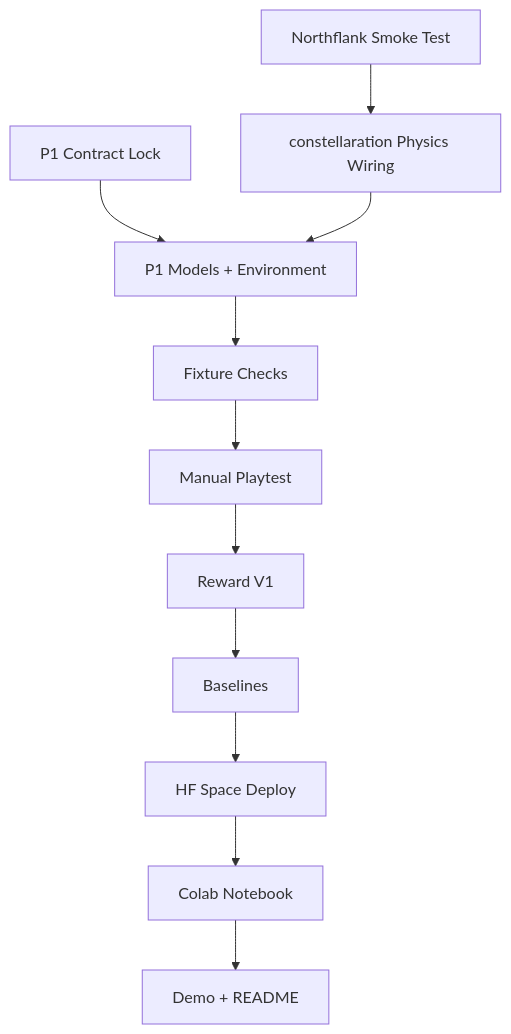
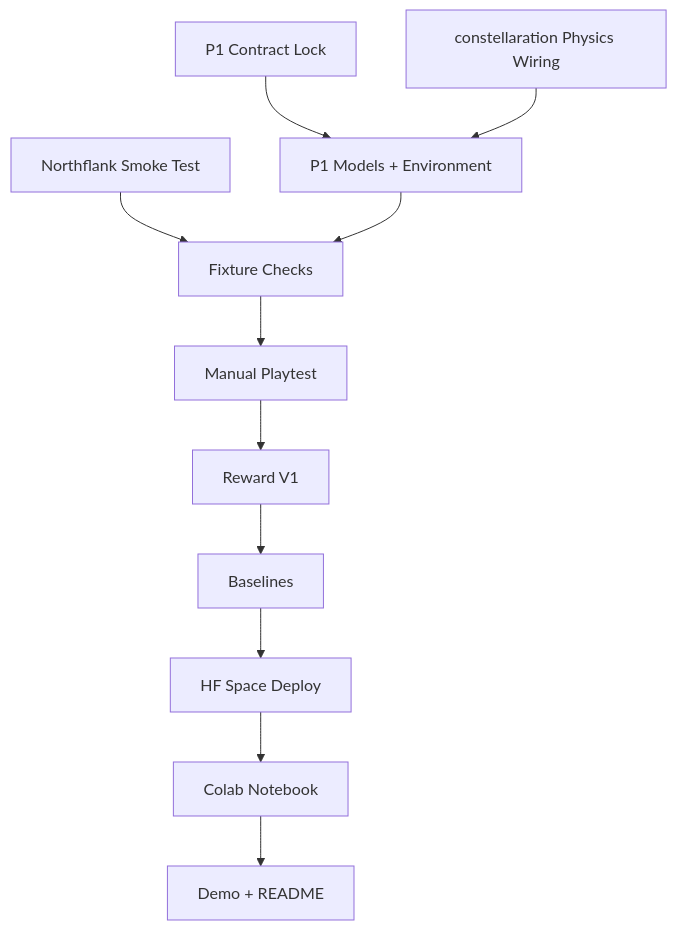
Before and after one commit to jungdaesuh/fusion-design-lab: the diagram in TODO.md, drawn with Mermaid. The commit also changed other lines of this file and 11 other files, not shown here.

````diff
--- a/TODO.md
+++ b/TODO.md
@@ -37,13 +37,13 @@
 ```mermaid
 flowchart TD
-    A["Northflank Smoke Test"] --> C["constellaration Physics Wiring"]
+    A["Northflank Smoke Test"] --> E["Fixture Checks"]
     B["P1 Contract Lock"] --> D["P1 Models + Environment"]
-    C --> D
+    C["constellaration Physics Wiring"] --> D
     D --> E["Fixture Checks"]
     E --> F["Manual Playtest"]
     F --> G["Reward V1"]
     G --> H["Baselines"]
     H --> I["HF Space Deploy"]
     I --> J["Colab Notebook"]
     J --> K["Demo + README"]
 ```
````
